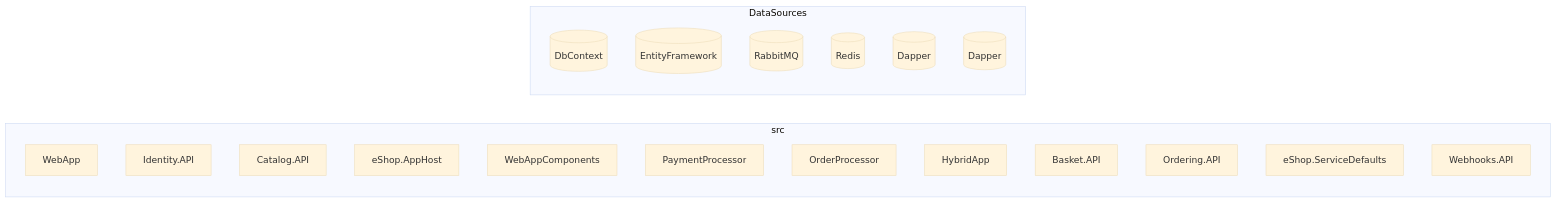
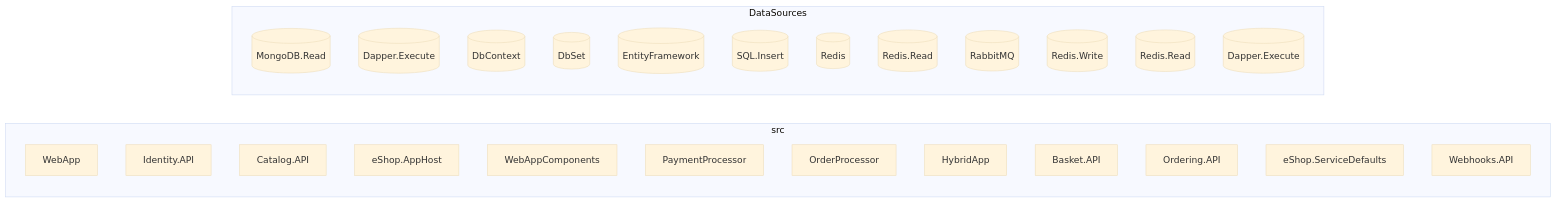
The diagram in output-eshop/docs/diagrams/data-infrastructure.mmd (GanizaniSitara/tools-static-analysis), drawn with Mermaid (base theme) before and after one commit. The commit also changed 143 other files, not shown here.

```diff
--- a/output-eshop/docs/diagrams/data-infrastructure.mmd
+++ b/output-eshop/docs/diagrams/data-infrastructure.mmd
@@ -1,23 +1,29 @@
 graph LR
     subgraph src["src"]
         src_WebApp["WebApp"]
         src_Identity_API["Identity.API"]
         src_Catalog_API["Catalog.API"]
         src_eShop_AppHost["eShop.AppHost"]
         src_WebAppComponents["WebAppComponents"]
         src_PaymentProcessor["PaymentProcessor"]
         src_OrderProcessor["OrderProcessor"]
         src_HybridApp["HybridApp"]
         src_Basket_API["Basket.API"]
         src_Ordering_API["Ordering.API"]
         src_eShop_ServiceDefaults["eShop.ServiceDefaults"]
         src_Webhooks_API["Webhooks.API"]
     end
     subgraph DataSources
+        datasource_src_MongoDB_Read[("MongoDB.Read")]
+        datasource_src_Dapper_Execute[("Dapper.Execute")]
         datasource_src_DbContext[("DbContext")]
+        datasource_src_DbSet[("DbSet")]
         datasource_src_EntityFramework[("EntityFramework")]
+        datasource_src_SQL_Insert[("SQL.Insert")]
+        datasource_src_Redis[("Redis")]
+        datasource_src_Redis_Read[("Redis.Read")]
         datasource_src_RabbitMQ[("RabbitMQ")]
-        datasource_src_Redis[("Redis")]
-        datasource_src_Dapper[("Dapper")]
-        datasource_tests_Dapper[("Dapper")]
+        datasource_src_Redis_Write[("Redis.Write")]
+        datasource_tests_Redis_Read[("Redis.Read")]
+        datasource_tests_Dapper_Execute[("Dapper.Execute")]
     end
```
